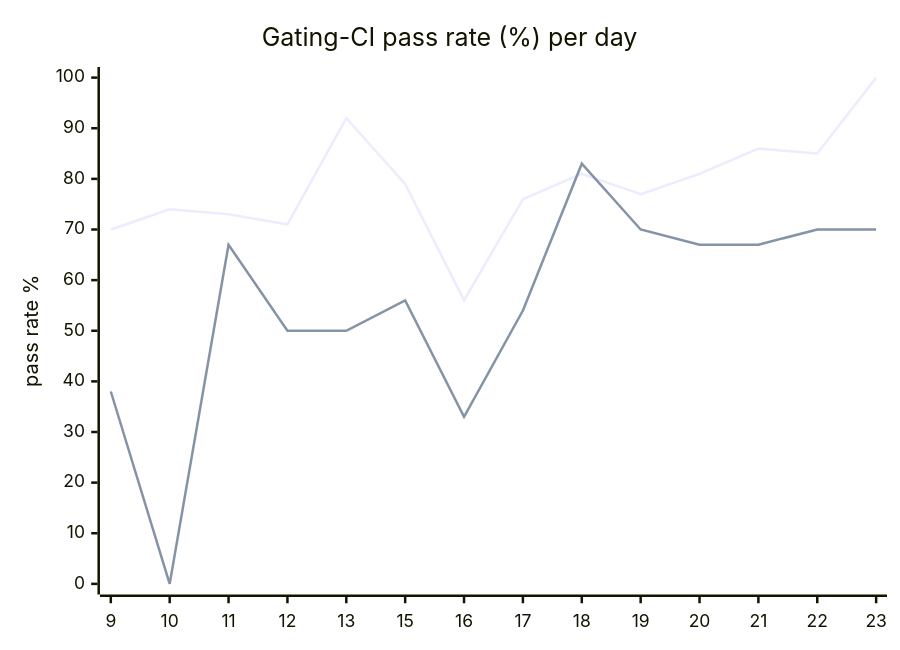
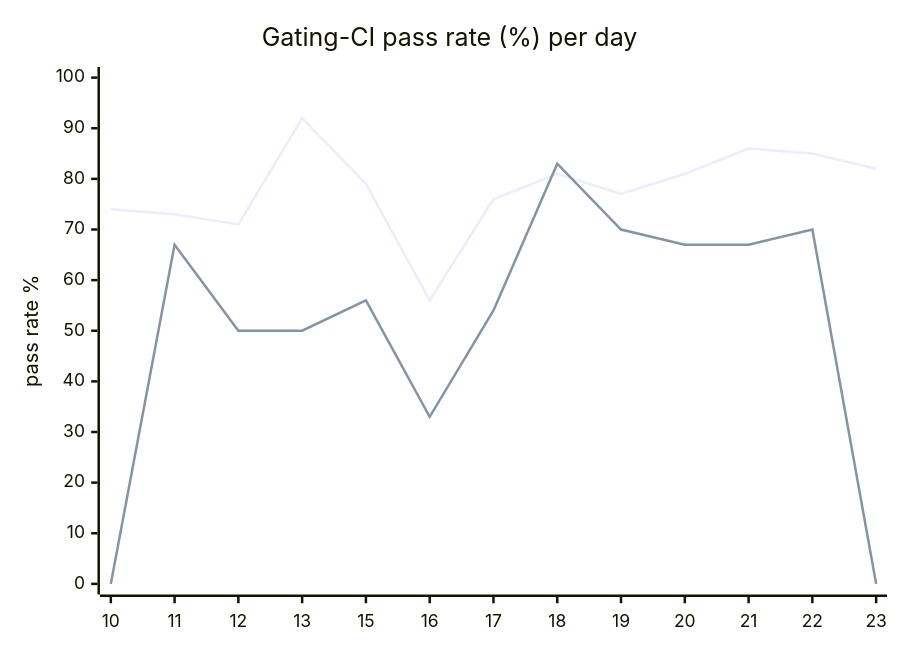
The diagram in hack/ci/ci-dashboard/staging/issue.md (hatchet-dev/hatchet), drawn with Mermaid before and after one commit. The commit also changed other lines of this file, not shown here.

````diff
--- a/hack/ci/ci-dashboard/staging/issue.md
+++ b/hack/ci/ci-dashboard/staging/issue.md
@@ -9,8 +9,8 @@
 ```mermaid
 xychart-beta
   title "Gating-CI pass rate (%) per day"
-  x-axis [9, 10, 11, 12, 13, 15, 16, 17, 18, 19, 20, 21, 22, 23]
+  x-axis [10, 11, 12, 13, 15, 16, 17, 18, 19, 20, 21, 22, 23]
   y-axis "pass rate %" 0 --> 100
-  line "CI" [70, 74, 73, 71, 92, 79, 56, 76, 81, 77, 81, 86, 85, 100]
-  line "main" [38, 0, 67, 50, 50, 56, 33, 54, 83, 70, 67, 67, 70, 70]
+  line "CI" [74, 73, 71, 92, 79, 56, 76, 81, 77, 81, 86, 85, 82]
+  line "main" [0, 67, 50, 50, 56, 33, 54, 83, 70, 67, 67, 70, 0]
 ```
````
